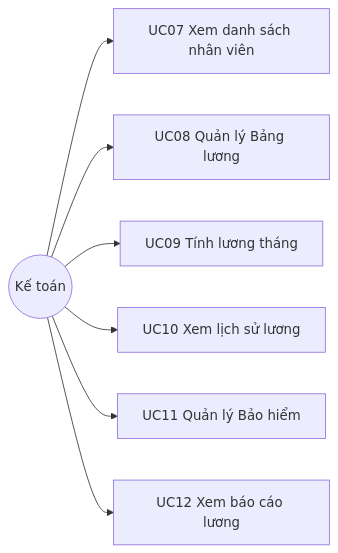
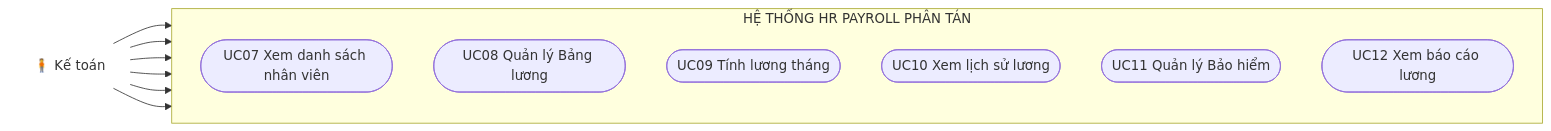
One commit to s1mpmirai/CSDLPT changed diagram 12 of 16 in REPORT_DIAGRAM_CODES.md. Above: the diagram before and after it, drawn with Mermaid. The commit also changed other lines of this file and 1 other file, not shown here.

Commit message:
style: update use case diagrams with icons and improve formatting in documentation

````diff
--- a/REPORT_DIAGRAM_CODES.md
+++ b/REPORT_DIAGRAM_CODES.md
@@ -351,18 +360,23 @@
 ```mermaid
 flowchart LR
-  K((Kế toán))
+  K["🧍 Kế toán"]
 
-  UC07[UC07 Xem danh sách nhân viên]
-  UC08[UC08 Quản lý Bảng lương]
-  UC09[UC09 Tính lương tháng]
-  UC10[UC10 Xem lịch sử lương]
-  UC11[UC11 Quản lý Bảo hiểm]
-  UC12[UC12 Xem báo cáo lương]
+  subgraph SYSK[HỆ THỐNG HR PAYROLL PHÂN TÁN]
+    direction TB
+    UC07([UC07 Xem danh sách nhân viên])
+    UC08([UC08 Quản lý Bảng lương])
+    UC09([UC09 Tính lương tháng])
+    UC10([UC10 Xem lịch sử lương])
+    UC11([UC11 Quản lý Bảo hiểm])
+    UC12([UC12 Xem báo cáo lương])
+  end
+
+  style K fill:transparent,stroke:transparent
 
   K --> UC07
   K --> UC08
   K --> UC09
   K --> UC10
   K --> UC11
   K --> UC12
 ```
````
